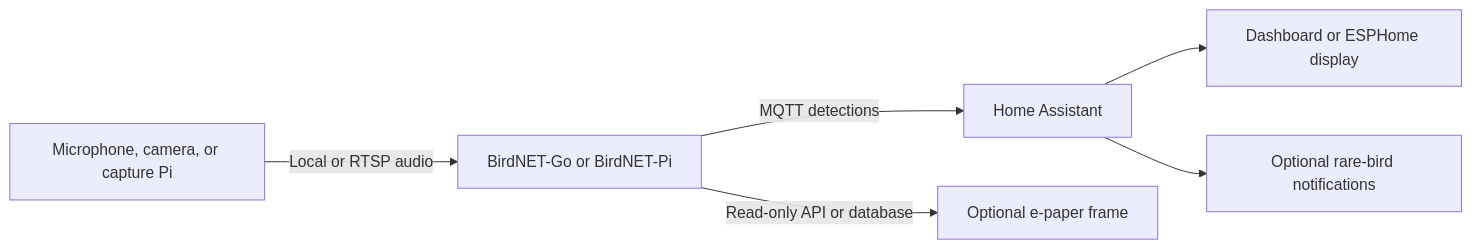
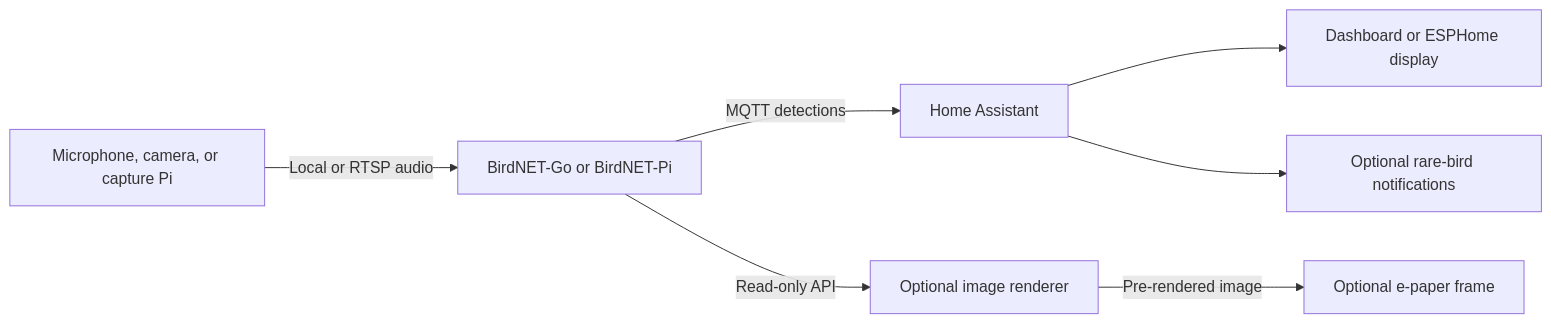
The diagram in README.md (r0rqual/birdmic), drawn with Mermaid before and after one commit. The commit also changed 1 other file, not shown here.

Commit message:
Refine e-paper display guidance

````diff
--- a/README.md
+++ b/README.md
@@ -26,8 +26,9 @@
 ```mermaid
 flowchart LR
     Mic[Microphone, camera, or capture Pi] -->|Local or RTSP audio| BirdNET[BirdNET-Go or BirdNET-Pi]
     BirdNET -->|MQTT detections| HA[Home Assistant]
-    BirdNET -->|Read-only API or database| Frame[Optional e-paper frame]
+    BirdNET -->|Read-only API| Renderer[Optional image renderer]
+    Renderer -->|Pre-rendered image| Frame[Optional e-paper frame]
     HA --> Display[Dashboard or ESPHome display]
     HA --> Alerts[Optional rare-bird notifications]
 ```
````
